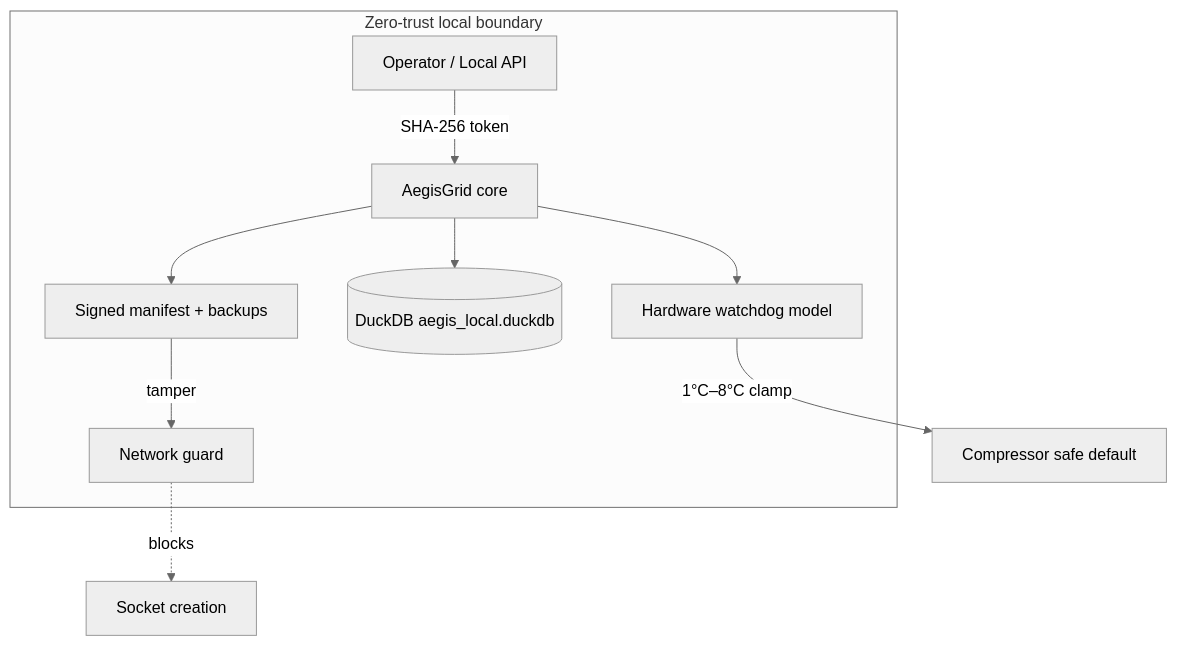
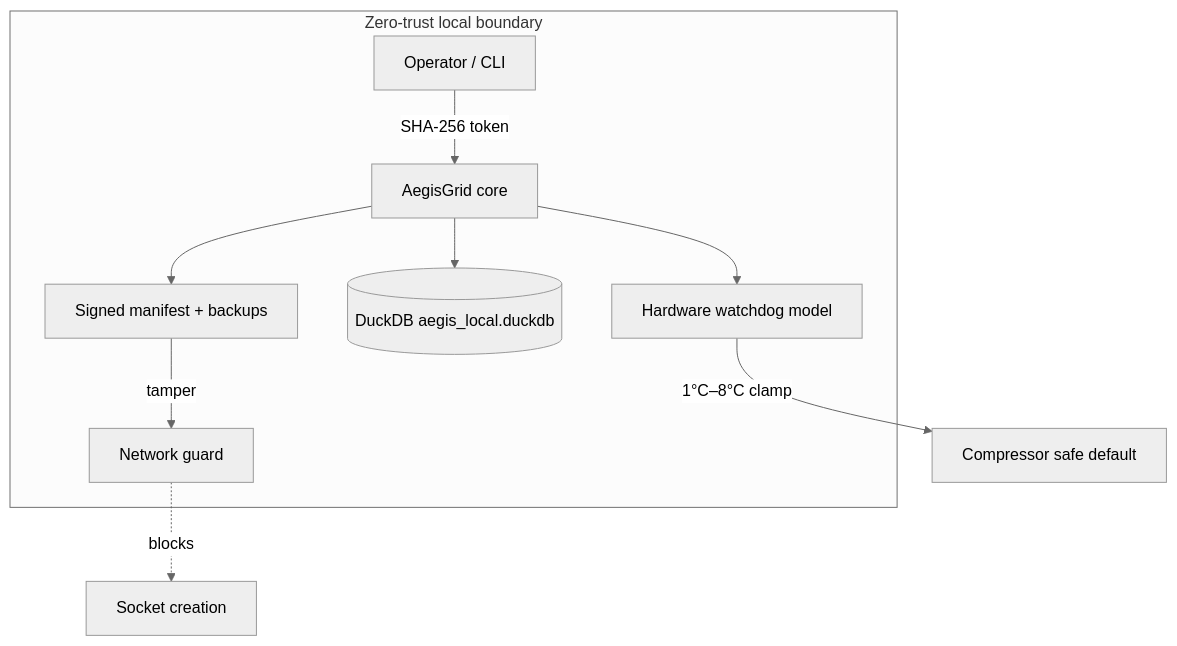
Before and after one commit to tgollogly/AegisGrid: the diagram in README.md, drawn with Mermaid (neutral theme). The commit also changed other lines of this file and 8 other files, not shown here.

````diff
--- a/README.md
+++ b/README.md
@@ -97,18 +118,18 @@
 ```mermaid
 flowchart TB
     subgraph LocalBoundary["Zero-trust local boundary"]
-        UI[Operator / Local API]
+        UI[Operator / CLI]
         AG[AegisGrid core]
         WD[Hardware watchdog model]
         DB[(DuckDB aegis_local.duckdb)]
         MF[Signed manifest + backups]
         NG[Network guard]
     end
     UI -->|SHA-256 token| AG
     AG --> WD
     AG --> DB
     AG --> MF
     MF -->|tamper| NG
     NG -.->|blocks| Sockets[Socket creation]
     WD -->|1°C–8°C clamp| Compressor[Compressor safe default]
 ```
````
